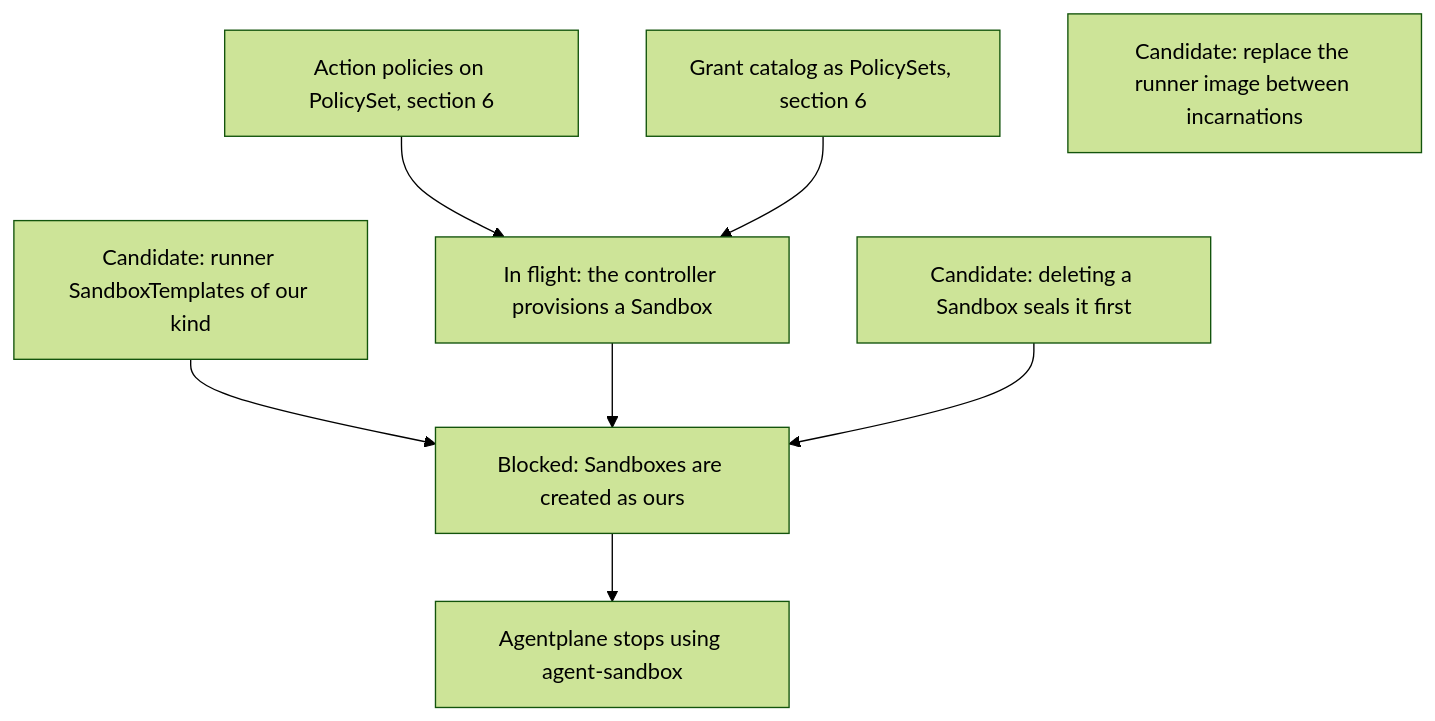
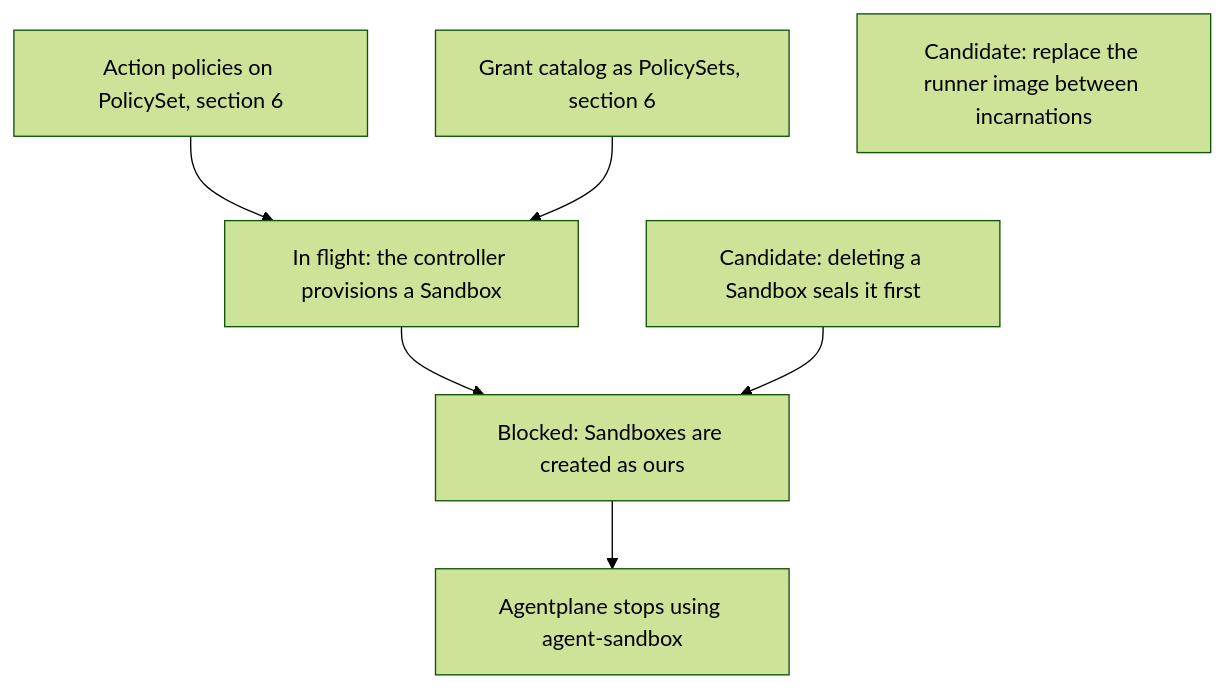
Diagram 11 of 15 in agentplane/plans/task_dag.md (agentydragon-agent/ducktape), drawn with Mermaid (forest theme) before and after one commit. The commit also changed other lines of this file and 13 other files, not shown here.

First line of the commit message:
agentplane: runner SandboxTemplates of our kind on agentplane-testing (#10159)

````diff
--- a/agentplane/plans/task_dag.md
+++ b/agentplane/plans/task_dag.md
@@ -669,14 +669,12 @@
 ```mermaid
 flowchart TD
-    SANDBOX_RUNNER_TEMPLATES[Candidate: runner SandboxTemplates of our kind]
     SANDBOX_CONTROLLER_PROVISIONING[In flight: the controller provisions a Sandbox]
     ACTION_POLICY_MIGRATE[Action policies on PolicySet, section 6] --> SANDBOX_CONTROLLER_PROVISIONING
     KUBERNETES_POLICY_SETS[Grant catalog as PolicySets, section 6] --> SANDBOX_CONTROLLER_PROVISIONING
     SANDBOX_CONTROLLER_TEARDOWN[Candidate: deleting a Sandbox seals it first]
     SANDBOX_IMAGE_REPLACE[Candidate: replace the runner image between incarnations]
     SANDBOX_CREATE_CUTOVER[Blocked: Sandboxes are created as ours]
-    SANDBOX_RUNNER_TEMPLATES --> SANDBOX_CREATE_CUTOVER
     SANDBOX_CONTROLLER_PROVISIONING --> SANDBOX_CREATE_CUTOVER
     SANDBOX_CONTROLLER_TEARDOWN --> SANDBOX_CREATE_CUTOVER
     SANDBOX_CREATE_CUTOVER --> AGENT_SANDBOX_RETIRE[Agentplane stops using agent-sandbox]
 ```
````
